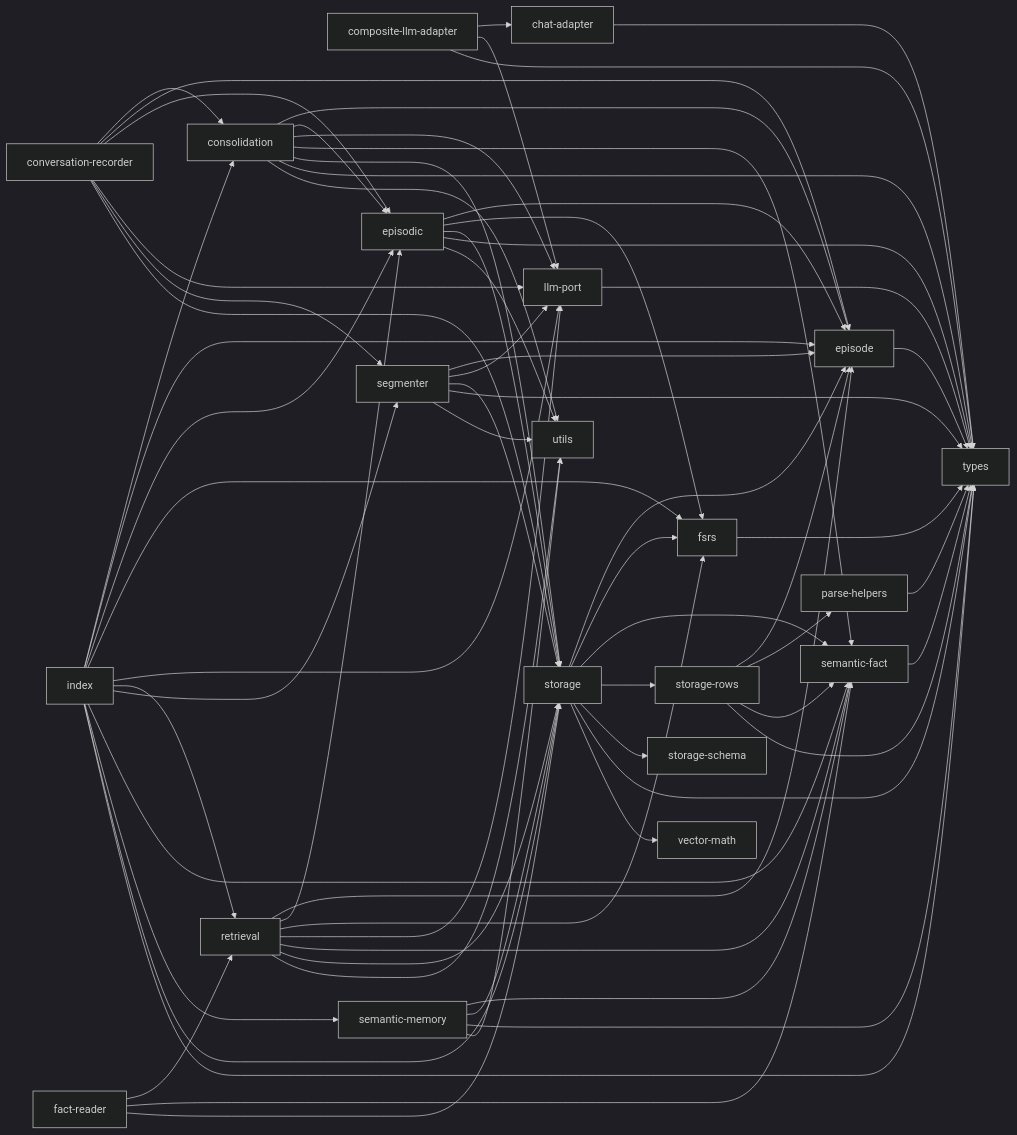
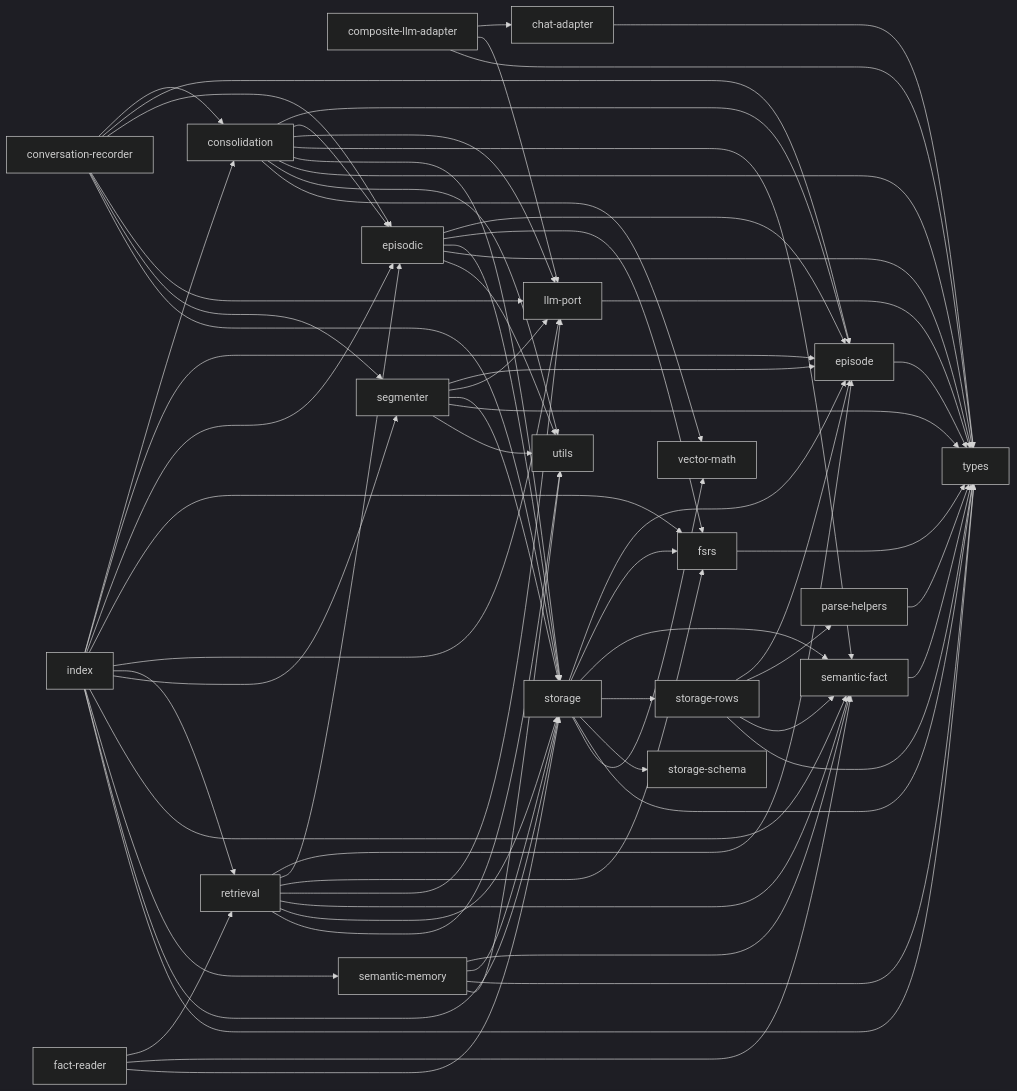
One commit to OJII3/vicissitude changed the diagram in packages/memory/DEPS.md. Above: the diagram before and after it, drawn with Mermaid (dark theme). The commit also changed other lines of this file and 3 other files, not shown here.

````diff
--- a/packages/memory/DEPS.md
+++ b/packages/memory/DEPS.md
@@ -7,75 +7,76 @@
 ```mermaid
 graph LR
   chat_adapter["chat-adapter"] --> types
   composite_llm_adapter["composite-llm-adapter"] --> chat_adapter["chat-adapter"]
   composite_llm_adapter["composite-llm-adapter"] --> llm_port["llm-port"]
   composite_llm_adapter["composite-llm-adapter"] --> types
   consolidation --> episode
   consolidation --> episodic
   consolidation --> llm_port["llm-port"]
   consolidation --> semantic_fact["semantic-fact"]
   consolidation --> storage
   consolidation --> types
   consolidation --> utils
+  consolidation --> vector_math["vector-math"]
   conversation_recorder["conversation-recorder"] --> consolidation
   conversation_recorder["conversation-recorder"] --> episode
   conversation_recorder["conversation-recorder"] --> episodic
   conversation_recorder["conversation-recorder"] --> llm_port["llm-port"]
   conversation_recorder["conversation-recorder"] --> segmenter
   conversation_recorder["conversation-recorder"] --> storage
   episode --> types
   episodic --> episode
   episodic --> fsrs
   episodic --> storage
   episodic --> types
   episodic --> utils
   fact_reader["fact-reader"] --> retrieval
   fact_reader["fact-reader"] --> semantic_fact["semantic-fact"]
   fact_reader["fact-reader"] --> storage
   fsrs --> types
   index --> consolidation
   index --> episode
   index --> episodic
   index --> fsrs
   index --> llm_port["llm-port"]
   index --> retrieval
   index --> segmenter
   index --> semantic_fact["semantic-fact"]
   index --> semantic_memory["semantic-memory"]
   index --> storage
   index --> types
   llm_port["llm-port"] --> types
   parse_helpers["parse-helpers"] --> types
   retrieval --> episode
   retrieval --> episodic
   retrieval --> fsrs
   retrieval --> llm_port["llm-port"]
   retrieval --> semantic_fact["semantic-fact"]
   retrieval --> storage
   retrieval --> utils
   segmenter --> episode
   segmenter --> llm_port["llm-port"]
   segmenter --> storage
   segmenter --> types
   segmenter --> utils
   semantic_fact["semantic-fact"] --> types
   semantic_memory["semantic-memory"] --> semantic_fact["semantic-fact"]
   semantic_memory["semantic-memory"] --> storage
   semantic_memory["semantic-memory"] --> types
   semantic_memory["semantic-memory"] --> utils
   storage --> episode
   storage --> fsrs
   storage --> semantic_fact["semantic-fact"]
   storage --> storage_rows["storage-rows"]
   storage --> storage_schema["storage-schema"]
   storage --> types
   storage --> vector_math["vector-math"]
   storage_rows["storage-rows"] --> episode
   storage_rows["storage-rows"] --> parse_helpers["parse-helpers"]
   storage_rows["storage-rows"] --> semantic_fact["semantic-fact"]
   storage_rows["storage-rows"] --> types
   storage_schema["storage-schema"]
   types
   utils
   vector_math["vector-math"]
 ```
````
